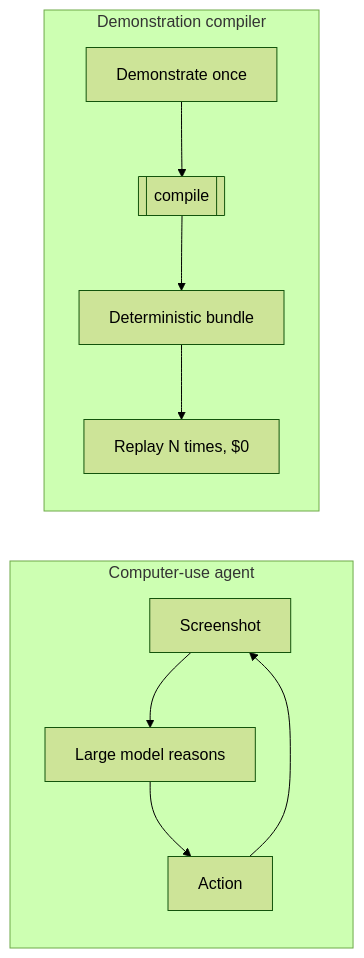
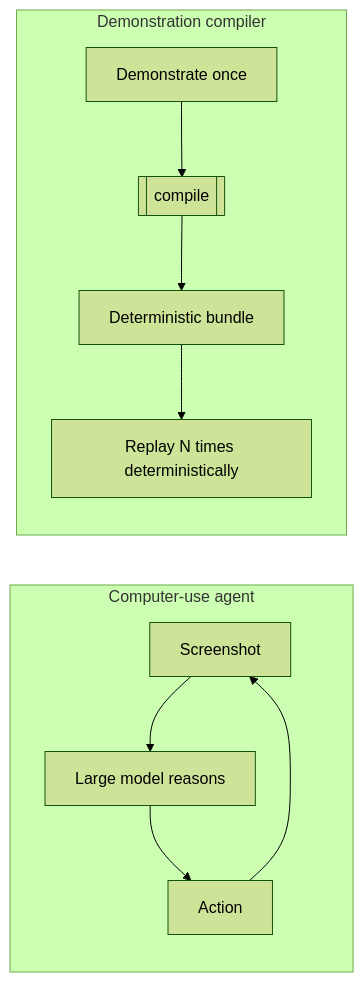
One commit to OpenAdaptAI/openadapt-ops changed the diagram in docs/concepts/demonstration-compiler.md. Above: the diagram before and after it, drawn with Mermaid (forest theme). The commit also changed other lines of this file and 27 other files, not shown here.

````diff
--- a/docs/concepts/demonstration-compiler.md
+++ b/docs/concepts/demonstration-compiler.md
@@ -14,12 +14,12 @@
 ```mermaid
 flowchart LR
     subgraph Agent["Computer-use agent"]
         direction TB
         a1[Screenshot] --> a2[Large model reasons] --> a3[Action] --> a1
     end
     subgraph OpenAdapt["Demonstration compiler"]
         direction TB
         b1[Demonstrate once] --> b2[[compile]] --> b3[Deterministic bundle]
-        b3 --> b4[Replay N times, $0]
+        b3 --> b4[Replay N times deterministically]
     end
 ```
````
